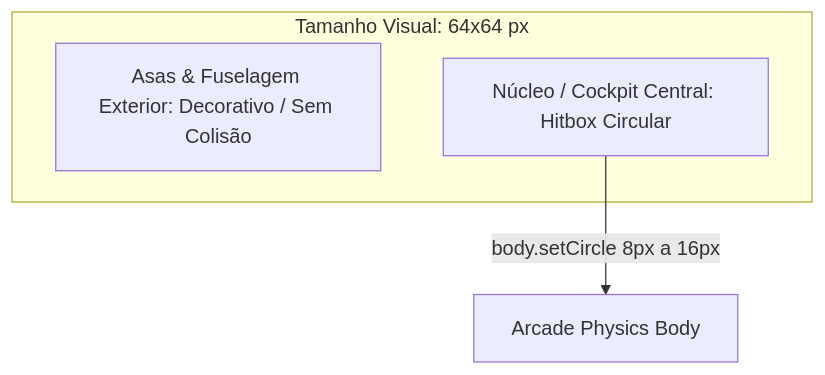
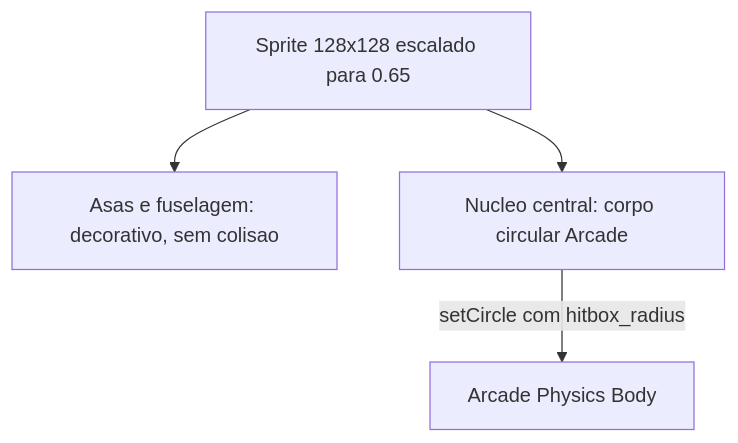
The diagram in specs/04_GAME_ENGINE_AND_MECHANICS_SPEC.md (carlosmscabral/jogo-de-navinha-agy-summit-26), drawn with Mermaid before and after one commit. The commit also changed other lines of this file and 10 other files, not shown here.

````diff
--- a/specs/04_GAME_ENGINE_AND_MECHANICS_SPEC.md
+++ b/specs/04_GAME_ENGINE_AND_MECHANICS_SPEC.md
@@ -19,8 +73,9 @@
 ```mermaid
 graph TD
-    subgraph Sprite_Visual [Tamanho Visual: 64x64 px]
-        ASAS[Asas & Fuselagem Exterior: Decorativo / Sem Colisão]
-        COCKPIT[Núcleo / Cockpit Central: Hitbox Circular]
-    end
-    COCKPIT -->|body.setCircle 8px a 16px| ARCADE_PHYSICS[Arcade Physics Body]
+    SPRITE[Sprite 128x128 escalado para 0.65]
+    ARTE[Asas e fuselagem: decorativo, sem colisao]
+    NUCLEO[Nucleo central: corpo circular Arcade]
+    SPRITE --> ARTE
+    SPRITE --> NUCLEO
+    NUCLEO -->|setCircle com hitbox_radius| FISICA[Arcade Physics Body]
 ```
````
